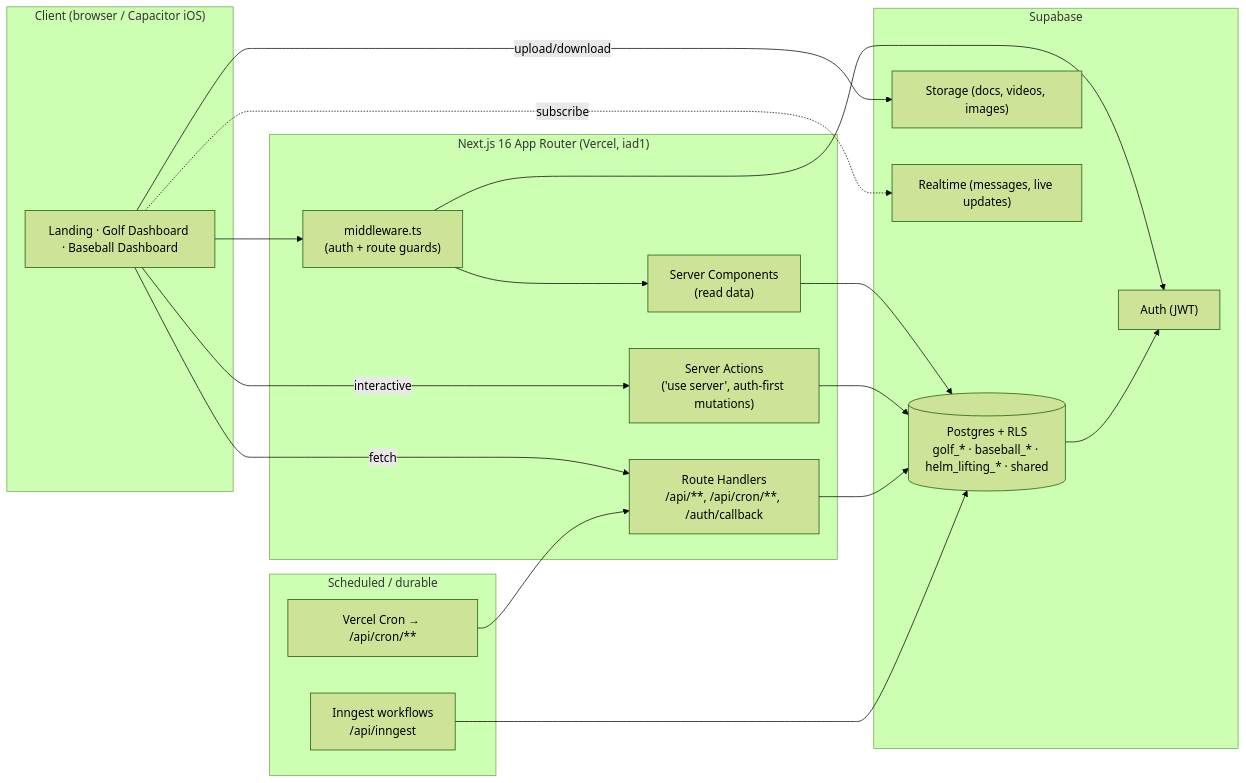
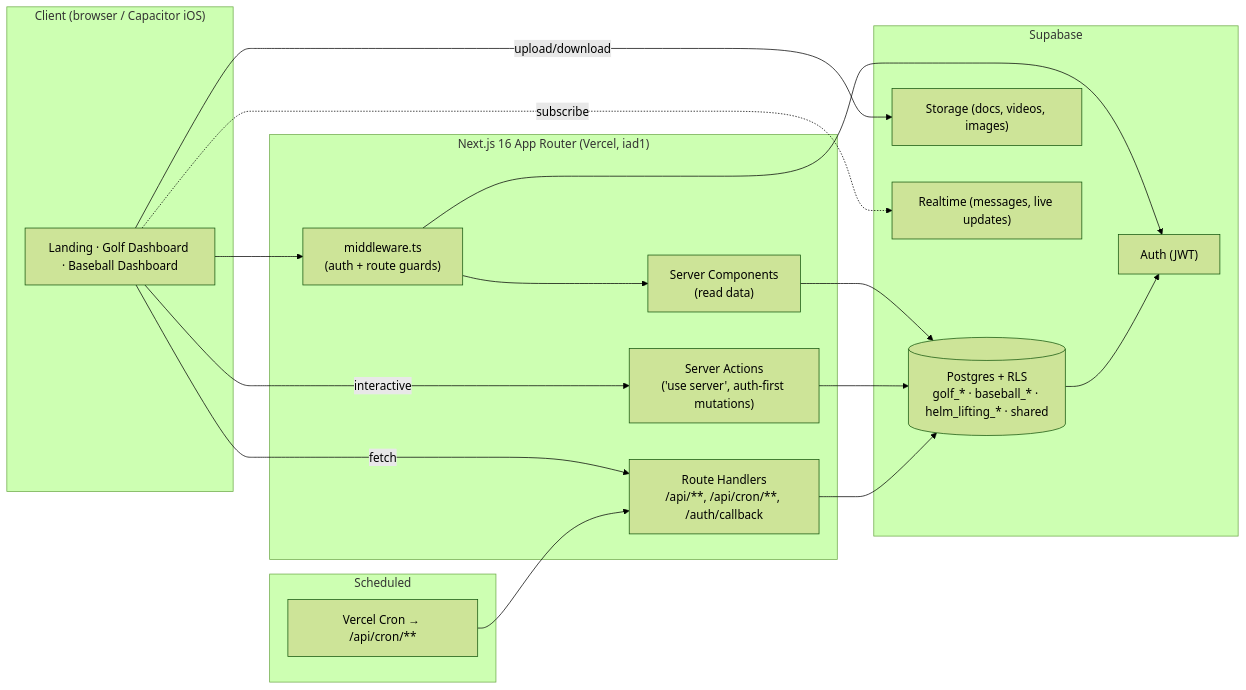
One commit to njrini99-code/helmv3 changed the diagram in docs/operations/context/SYSTEMS_AND_DATA_MAP.md. Above: the diagram before and after it, drawn with Mermaid (forest theme). The commit also changed other lines of this file and 89 other files, not shown here.

````diff
--- a/docs/operations/context/SYSTEMS_AND_DATA_MAP.md
+++ b/docs/operations/context/SYSTEMS_AND_DATA_MAP.md
@@ -29,35 +29,33 @@
 ```mermaid
 graph LR
   subgraph Client["Client (browser / Capacitor iOS)"]
     UI["Landing · Golf Dashboard · Baseball Dashboard"]
   end
   subgraph Next["Next.js 16 App Router (Vercel, iad1)"]
     MW["middleware.ts\n(auth + route guards)"]
     RSC["Server Components\n(read data)"]
     SA["Server Actions\n('use server', auth-first mutations)"]
     API["Route Handlers\n/api/**, /api/cron/**, /auth/callback"]
   end
   subgraph SB["Supabase"]
     AUTH["Auth (JWT)"]
     PG[("Postgres + RLS\ngolf_* · baseball_* · helm_lifting_* · shared")]
     ST["Storage (docs, videos, images)"]
     RT["Realtime (messages, live updates)"]
   end
-  subgraph Edge["Scheduled / durable"]
+  subgraph Edge["Scheduled"]
     CRON["Vercel Cron → /api/cron/**"]
-    INNGEST["Inngest workflows\n/api/inngest"]
   end
 
   UI --> MW --> RSC
   UI -->|interactive| SA
   UI -->|fetch| API
   RSC --> PG
   SA --> PG
   API --> PG
   MW --> AUTH
   PG --> AUTH
   UI -. subscribe .-> RT
   UI -->|upload/download| ST
   CRON --> API
-  INNGEST --> PG
 ```
````
